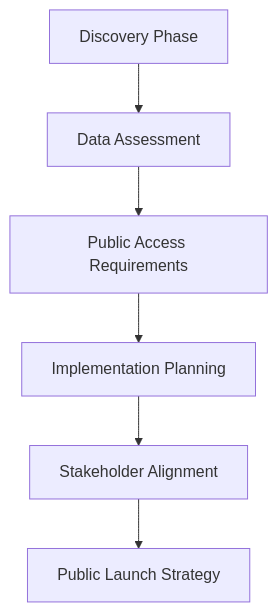
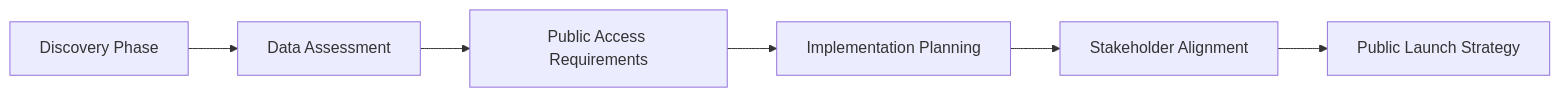
The first of 6 diagrams in q1/answer.md (jimmypalelil/req_120285), drawn with Mermaid before and after one commit. The commit also changed other lines of this file, not shown here.

````diff
--- a/q1/answer.md
+++ b/q1/answer.md
@@ -12,8 +12,8 @@
 ```mermaid
-flowchart TD
+flowchart LR
     A[Discovery Phase] --> B[Data Assessment]
     B --> C[Public Access Requirements]
     C --> D[Implementation Planning]
     D --> E[Stakeholder Alignment]
     E --> F[Public Launch Strategy]
 ```
````
